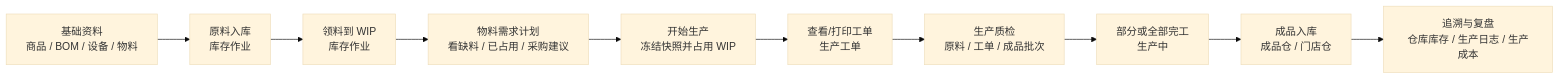
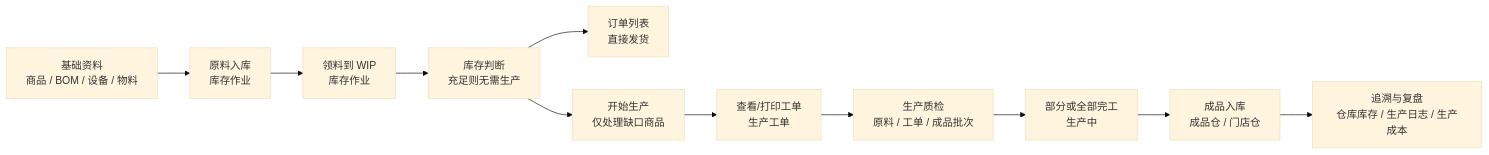
One commit to Backstage2539/KFerp changed the first of 4 diagrams in orderapp-remote/docs/production-flow-user-manual.md. Above: the diagram before and after it, drawn with Mermaid (base theme). The commit also changed other lines of this file and 24 other files, not shown here.

Commit message:
Preserve deployed production direct ship flow

````diff
--- a/orderapp-remote/docs/production-flow-user-manual.md
+++ b/orderapp-remote/docs/production-flow-user-manual.md
@@ -7,12 +7,13 @@
 ```mermaid
 flowchart LR
   A["基础资料<br/>商品 / BOM / 设备 / 物料"] --> B["原料入库<br/>库存作业"]
   B --> C["领料到 WIP<br/>库存作业"]
-  C --> D["物料需求计划<br/>看缺料 / 已占用 / 采购建议"]
-  D --> E["开始生产<br/>冻结快照并占用 WIP"]
+  C --> D["库存判断<br/>充足则无需生产"]
+  D --> J["订单列表<br/>直接发货"]
+  D --> E["开始生产<br/>仅处理缺口商品"]
   E --> F["查看/打印工单<br/>生产工单"]
   F --> Q["生产质检<br/>原料 / 工单 / 成品批次"]
   Q --> G["部分或全部完工<br/>生产中"]
   G --> H["成品入库<br/>成品仓 / 门店仓"]
   H --> I["追溯与复盘<br/>仓库库存 / 生产日志 / 生产成本"]
 ```
````
